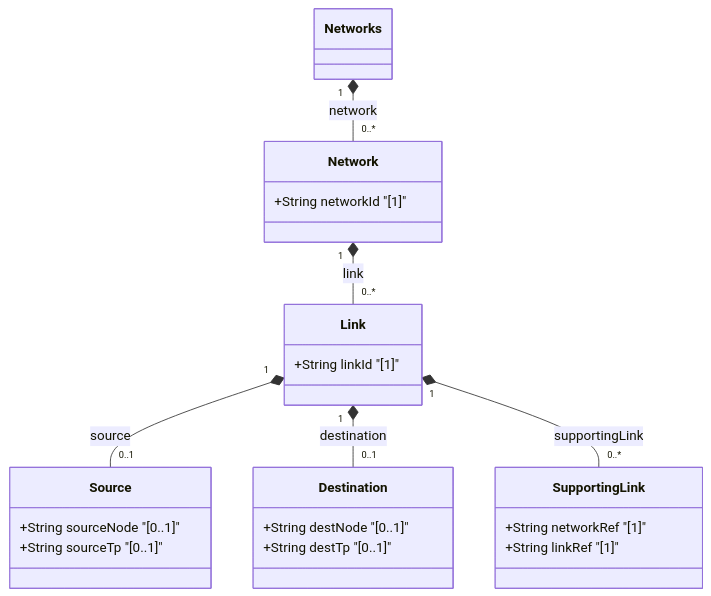
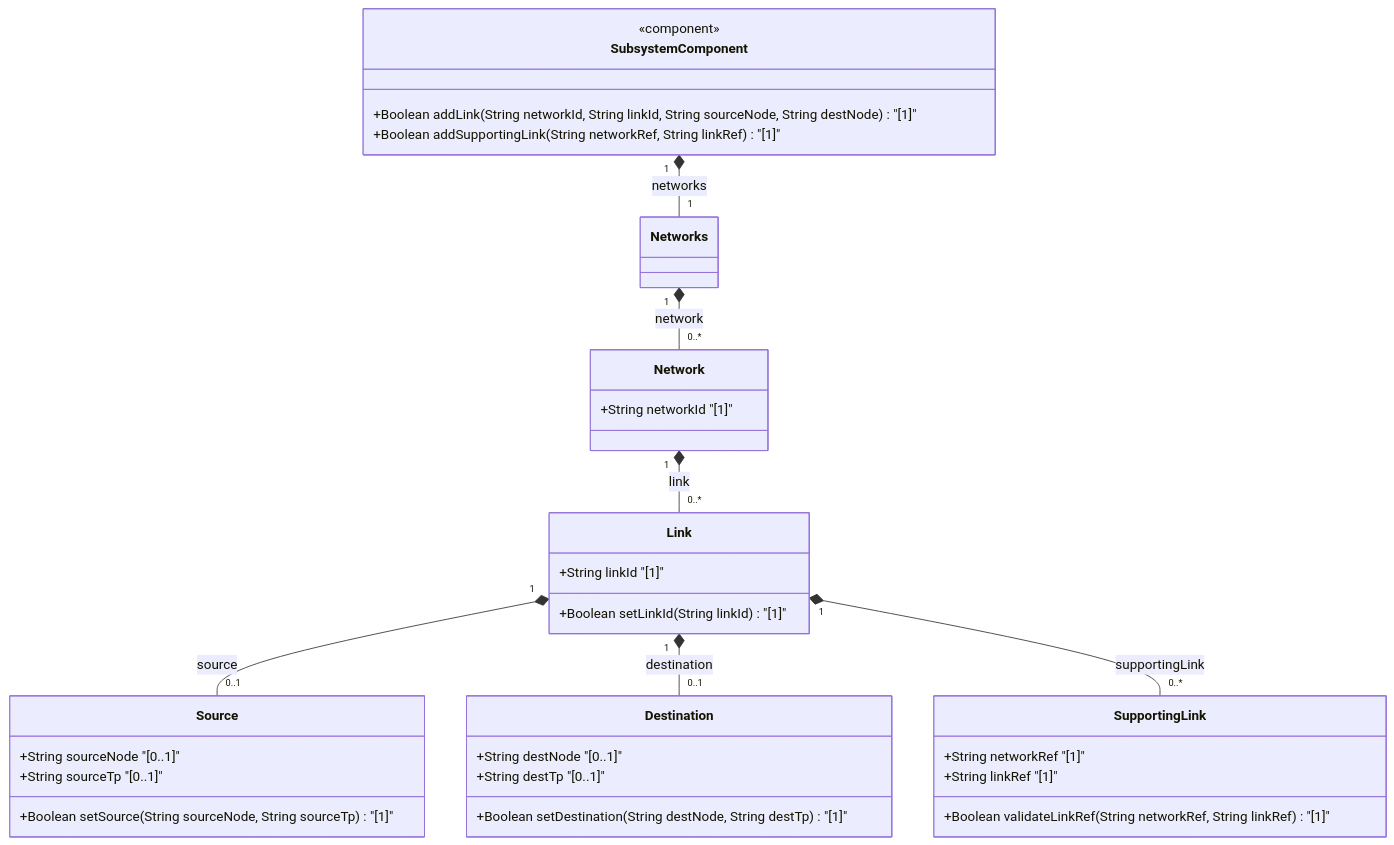
One commit to gintatkinson/3dgs-037 changed the diagram in docs/features/feat-28-link-data-model-and-supporting-links.md. Above: the diagram before and after it, drawn with Mermaid. The commit also changed other lines of this file and 19 other files, not shown here.

````diff
--- a/docs/features/feat-28-link-data-model-and-supporting-links.md
+++ b/docs/features/feat-28-link-data-model-and-supporting-links.md
@@ -24,29 +24,39 @@
 ```mermaid
 classDiagram
+    class SubsystemComponent {
+        <<component>>
+        +Boolean addLink(String networkId, String linkId, String sourceNode, String destNode) "[1]"
+        +Boolean addSupportingLink(String networkRef, String linkRef) "[1]"
+    }
     class Networks {
     }
     class Network {
         +String networkId "[1]"
     }
     class Link {
         +String linkId "[1]"
+        +Boolean setLinkId(String linkId) "[1]"
     }
     class Source {
         +String sourceNode "[0..1]"
         +String sourceTp "[0..1]"
+        +Boolean setSource(String sourceNode, String sourceTp) "[1]"
     }
     class Destination {
         +String destNode "[0..1]"
         +String destTp "[0..1]"
+        +Boolean setDestination(String destNode, String destTp) "[1]"
     }
     class SupportingLink {
         +String networkRef "[1]"
         +String linkRef "[1]"
+        +Boolean validateLinkRef(String networkRef, String linkRef) "[1]"
     }
 
+    SubsystemComponent "1" *-- "1" Networks : networks
     Networks "1" *-- "0..*" Network : network
     Network "1" *-- "0..*" Link : link
     Link "1" *-- "0..1" Source : source
     Link "1" *-- "0..1" Destination : destination
     Link "1" *-- "0..*" SupportingLink : supportingLink
 ```
````
